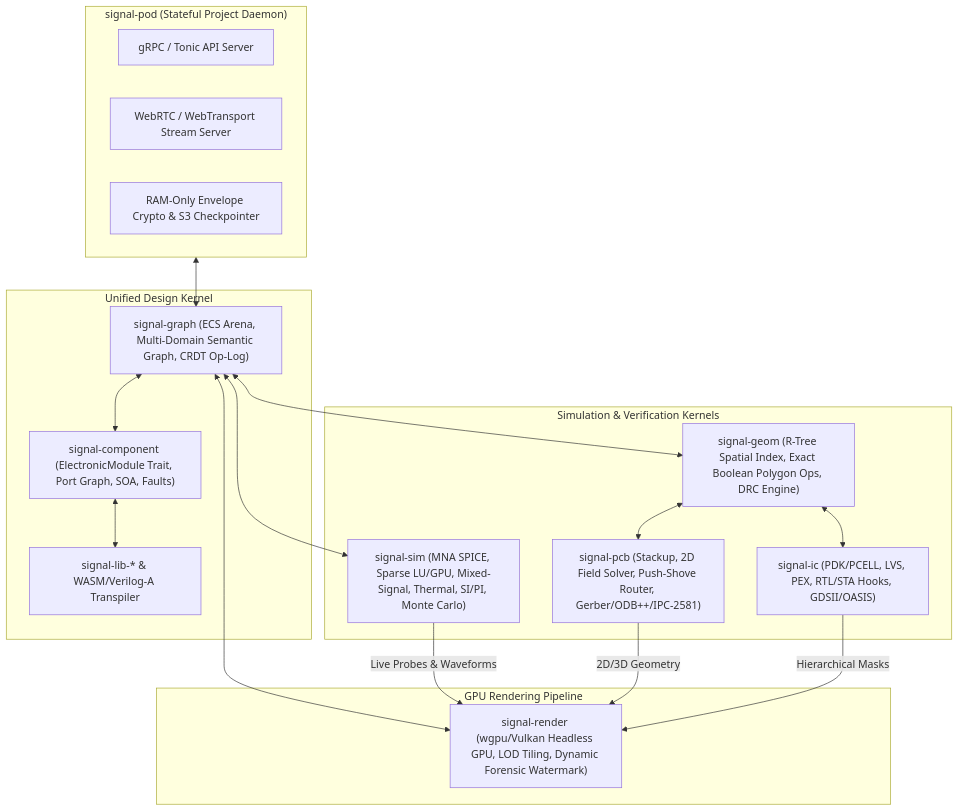
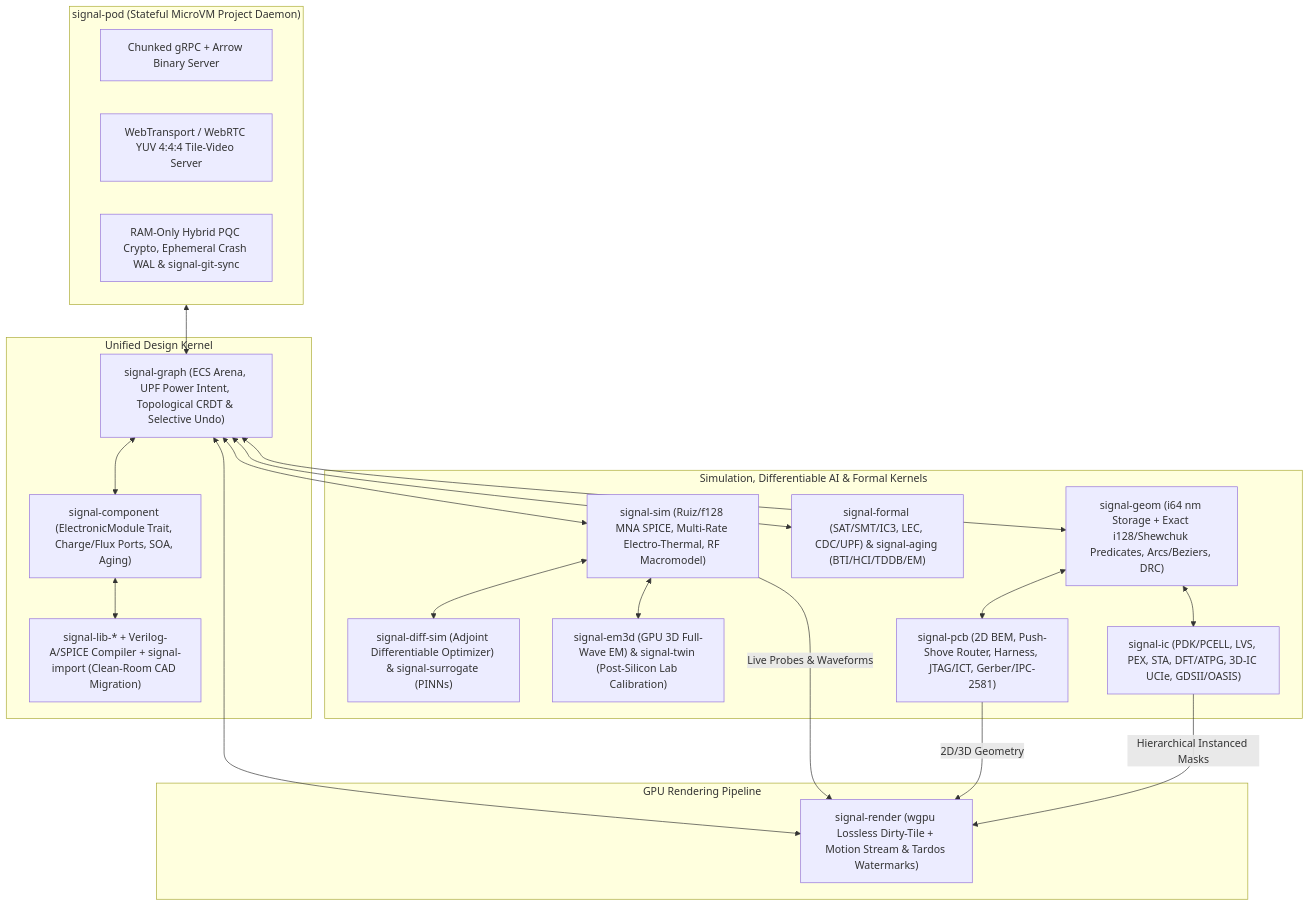
Before and after one commit to the-code-master/signal: the second of 2 diagrams in architecture/03-rust-eda-engine.md, drawn with Mermaid. The commit also changed other lines of this file and 22 other files, not shown here.

Commit message:
docs: resolve 112 architectural flaws, add 12 futuristic AI-EDA innovations, and complete 2-pass scrub

````diff
--- a/architecture/03-rust-eda-engine.md
+++ b/architecture/03-rust-eda-engine.md
@@ -82,37 +82,43 @@
 ```mermaid
 flowchart TB
-    subgraph PodDaemon["signal-pod (Stateful Project Daemon)"]
-        GRPC["gRPC / Tonic API Server"]
-        Stream["WebRTC / WebTransport Stream Server"]
-        Vault["RAM-Only Envelope Crypto & S3 Checkpointer"]
+    subgraph PodDaemon["signal-pod (Stateful MicroVM Project Daemon)"]
+        GRPC["Chunked gRPC + Arrow Binary Server"]
+        Stream["WebTransport / WebRTC YUV 4:4:4 Tile-Video Server"]
+        Vault["RAM-Only Hybrid PQC Crypto, Ephemeral Crash WAL & signal-git-sync"]
     end
 
     subgraph Core["Unified Design Kernel"]
-        Graph["signal-graph (ECS Arena, Multi-Domain Semantic Graph, CRDT Op-Log)"]
-        Comp["signal-component (ElectronicModule Trait, Port Graph, SOA, Faults)"]
-        Libs["signal-lib-* & WASM/Verilog-A Transpiler"]
+        Graph["signal-graph (ECS Arena, UPF Power Intent, Topological CRDT & Selective Undo)"]
+        Comp["signal-component (ElectronicModule Trait, Charge/Flux Ports, SOA, Aging)"]
+        Libs["signal-lib-* + Verilog-A/SPICE Compiler + signal-import (Clean-Room CAD Migration)"]
     end
 
-    subgraph Solvers["Simulation & Verification Kernels"]
-        Sim["signal-sim (MNA SPICE, Sparse LU/GPU, Mixed-Signal, Thermal, SI/PI, Monte Carlo)"]
-        Geom["signal-geom (R-Tree Spatial Index, Exact Boolean Polygon Ops, DRC Engine)"]
-        PCB["signal-pcb (Stackup, 2D Field Solver, Push-Shove Router, Gerber/ODB++/IPC-2581)"]
-        IC["signal-ic (PDK/PCELL, LVS, PEX, RTL/STA Hooks, GDSII/OASIS)"]
+    subgraph Solvers["Simulation, Differentiable AI & Formal Kernels"]
+        Sim["signal-sim (Ruiz/f128 MNA SPICE, Multi-Rate Electro-Thermal, RF Macromodel)"]
+        Diff["signal-diff-sim (Adjoint Differentiable Optimizer) & signal-surrogate (PINNs)"]
+        Formal["signal-formal (SAT/SMT/IC3, LEC, CDC/UPF) & signal-aging (BTI/HCI/TDDB/EM)"]
+        EM3D["signal-em3d (GPU 3D Full-Wave EM) & signal-twin (Post-Silicon Lab Calibration)"]
+        Geom["signal-geom (i64 nm Storage + Exact i128/Shewchuk Predicates, Arcs/Beziers, DRC)"]
+        PCB["signal-pcb (2D BEM, Push-Shove Router, Harness, JTAG/ICT, Gerber/IPC-2581)"]
+        IC["signal-ic (PDK/PCELL, LVS, PEX, STA, DFT/ATPG, 3D-IC UCIe, GDSII/OASIS)"]
     end
 
     subgraph Visual["GPU Rendering Pipeline"]
-        Render["signal-render (wgpu/Vulkan Headless GPU, LOD Tiling, Dynamic Forensic Watermark)"]
+        Render["signal-render (wgpu Lossless Dirty-Tile + Motion Stream & Tardos Watermarks)"]
     end
 
     PodDaemon <--> Graph
     Graph <--> Comp
     Comp <--> Libs
     Graph <--> Sim
+    Sim <--> Diff
+    Graph <--> Formal
+    Sim <--> EM3D
     Graph <--> Geom
     Geom <--> PCB
     Geom <--> IC
     Graph <--> Render
     Sim -->|"Live Probes & Waveforms"| Render
     PCB -->|"2D/3D Geometry"| Render
-    IC -->|"Hierarchical Masks"| Render
+    IC -->|"Hierarchical Instanced Masks"| Render
 ```
````
